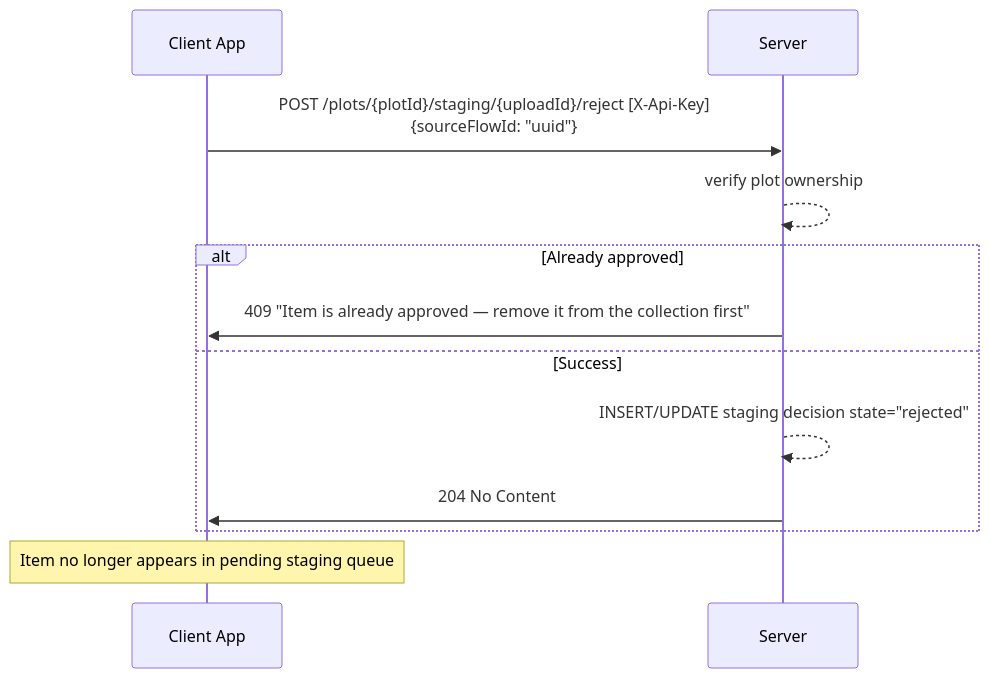
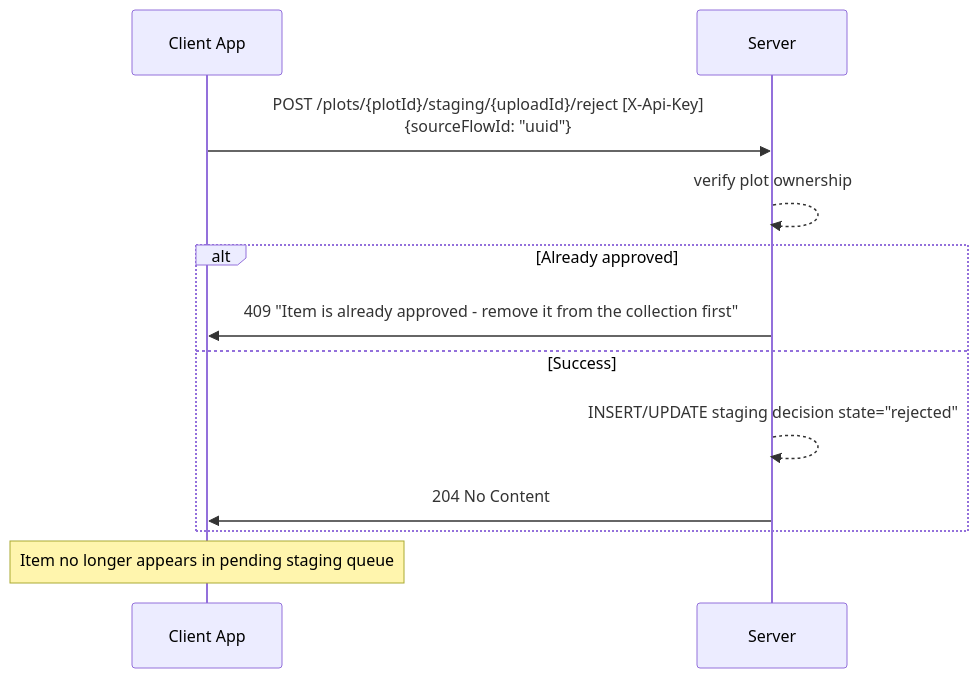
Before and after one commit to bacalv/Heirlooms: the sixth of 9 diagrams in docs/specs/flows-trellises.md, drawn with Mermaid. The commit also changed other lines of this file and 9 other files, not shown here.

First line of the commit message:
docs: fix Mermaid v11 syntax across all spec and testing diagrams

````diff
--- a/docs/specs/flows-trellises.md
+++ b/docs/specs/flows-trellises.md
@@ -130,16 +130,16 @@
 ```mermaid
 sequenceDiagram
     participant App as Client App
     participant S as Server
 
     App->>S: POST /plots/{plotId}/staging/{uploadId}/reject [X-Api-Key]<br/>{sourceFlowId: "uuid"}
     S-->>S: verify plot ownership
     alt Already approved
-        S->>App: 409 "Item is already approved — remove it from the collection first"
+        S->>App: 409 "Item is already approved - remove it from the collection first"
     else Success
         S-->>S: INSERT/UPDATE staging decision state="rejected"
         S->>App: 204 No Content
     end
 
     Note over App: Item no longer appears in pending staging queue
 ```
````
